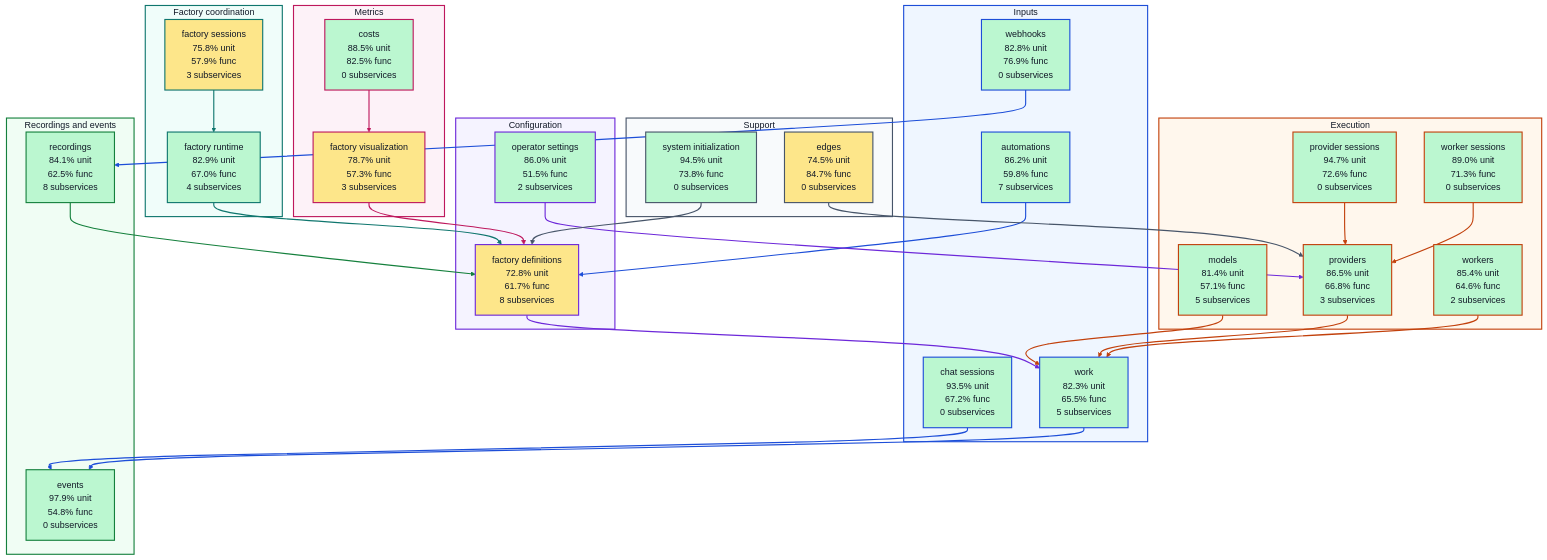
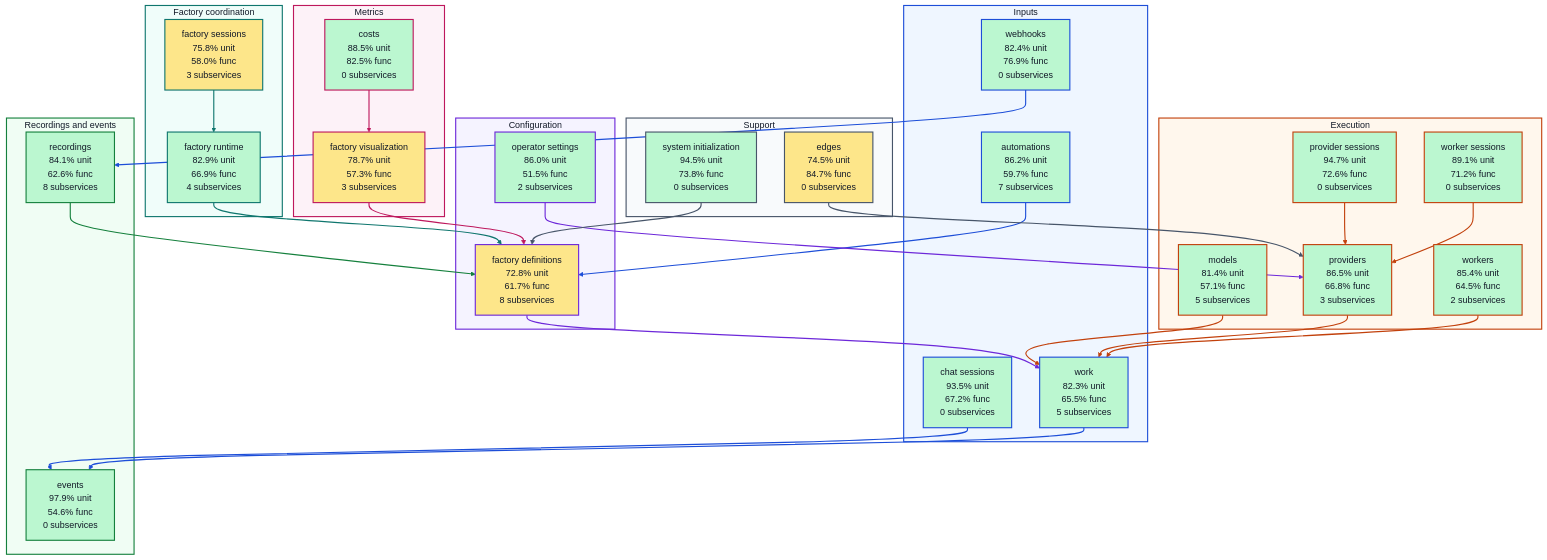
The diagram in docs/architecture/visualizations/high-level-test-coverage.md (portpowered/you-agent-factory), drawn with Mermaid before and after one commit. The commit also changed other lines of this file and 20 other files, not shown here.

Commit message:
docs: refresh backend architecture visualizations

````diff
--- a/docs/architecture/visualizations/high-level-test-coverage.md
+++ b/docs/architecture/visualizations/high-level-test-coverage.md
@@ -11,9 +11,9 @@
 ```mermaid
 flowchart TB
   subgraph input["Inputs"]
-    s_services_automations["automations<br/>86.2% unit<br/>59.8% func<br/>7 subservices"]
+    s_services_automations["automations<br/>86.2% unit<br/>59.7% func<br/>7 subservices"]
     s_services_chat_sessions["chat sessions<br/>93.5% unit<br/>67.2% func<br/>0 subservices"]
-    s_services_webhooks["webhooks<br/>82.8% unit<br/>76.9% func<br/>0 subservices"]
+    s_services_webhooks["webhooks<br/>82.4% unit<br/>76.9% func<br/>0 subservices"]
     s_services_work["work<br/>82.3% unit<br/>65.5% func<br/>5 subservices"]
   end
   subgraph configuration["Configuration"]
@@ -21,19 +21,19 @@
     s_services_operator_settings["operator settings<br/>86.0% unit<br/>51.5% func<br/>2 subservices"]
   end
   subgraph coordination["Factory coordination"]
-    s_services_factory_runtime["factory runtime<br/>82.9% unit<br/>67.0% func<br/>4 subservices"]
-    s_services_factory_sessions["factory sessions<br/>75.8% unit<br/>57.9% func<br/>3 subservices"]
+    s_services_factory_runtime["factory runtime<br/>82.9% unit<br/>66.9% func<br/>4 subservices"]
+    s_services_factory_sessions["factory sessions<br/>75.8% unit<br/>58.0% func<br/>3 subservices"]
   end
   subgraph execution["Execution"]
     s_services_models["models<br/>81.4% unit<br/>57.1% func<br/>5 subservices"]
     s_services_provider_sessions["provider sessions<br/>94.7% unit<br/>72.6% func<br/>0 subservices"]
     s_services_providers["providers<br/>86.5% unit<br/>66.8% func<br/>3 subservices"]
-    s_services_worker_sessions["worker sessions<br/>89.0% unit<br/>71.3% func<br/>0 subservices"]
-    s_services_workers["workers<br/>85.4% unit<br/>64.6% func<br/>2 subservices"]
+    s_services_worker_sessions["worker sessions<br/>89.1% unit<br/>71.2% func<br/>0 subservices"]
+    s_services_workers["workers<br/>85.4% unit<br/>64.5% func<br/>2 subservices"]
   end
   subgraph recordings["Recordings and events"]
-    s_services_events["events<br/>97.9% unit<br/>54.8% func<br/>0 subservices"]
-    s_services_recordings["recordings<br/>84.1% unit<br/>62.5% func<br/>8 subservices"]
+    s_services_events["events<br/>97.9% unit<br/>54.6% func<br/>0 subservices"]
+    s_services_recordings["recordings<br/>84.1% unit<br/>62.6% func<br/>8 subservices"]
   end
   subgraph metrics["Metrics"]
     s_services_costs["costs<br/>88.5% unit<br/>82.5% func<br/>0 subservices"]
````
